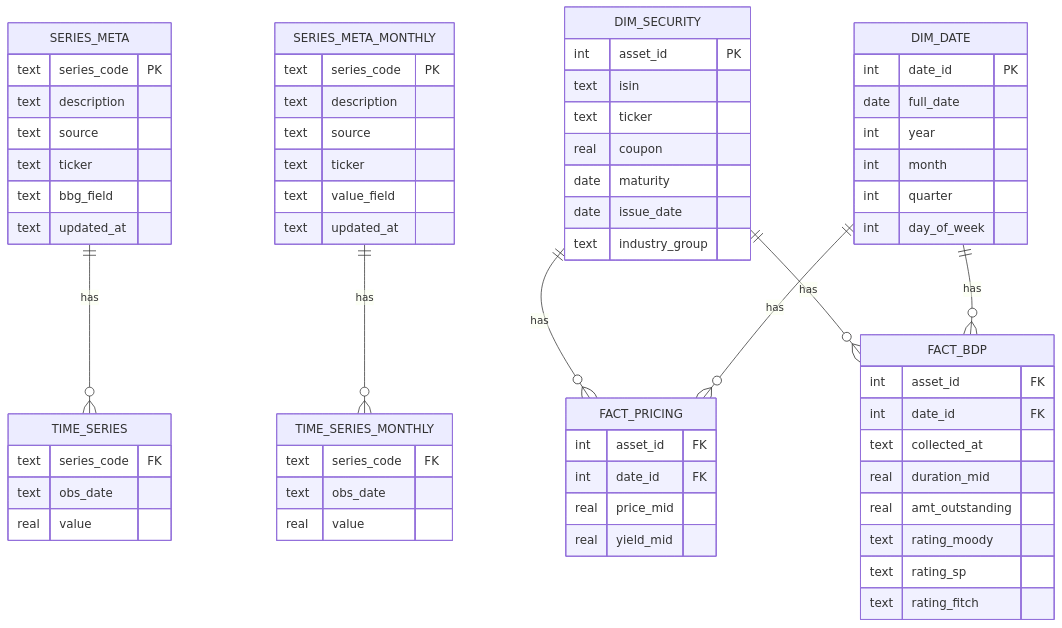
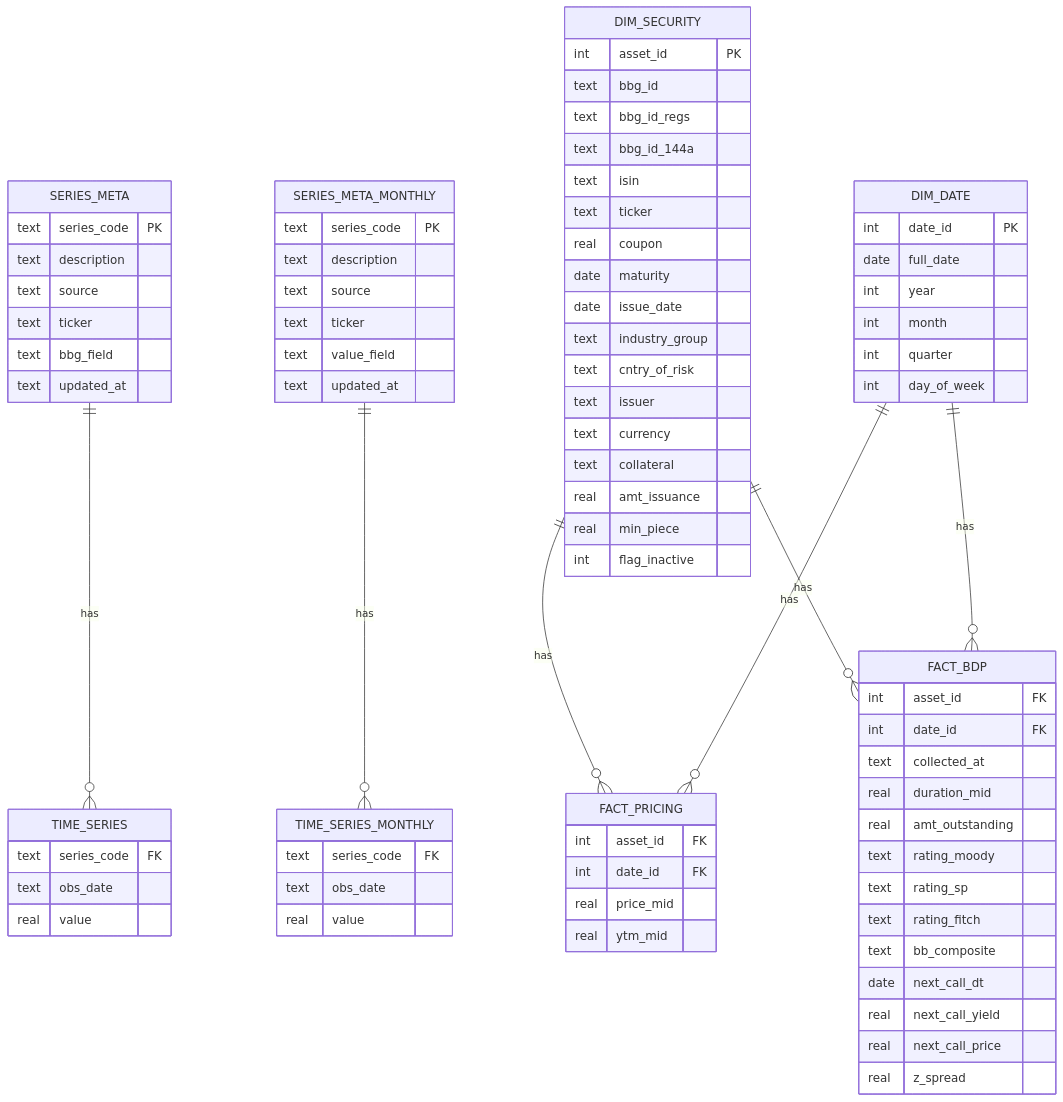
The diagram in DOCUMENTACAO.md (Bcp-Securities/Market-Update-Automation), drawn with Mermaid before and after one commit. The commit also changed other lines of this file and 4 other files, not shown here.

```diff
--- a/DOCUMENTACAO.md
+++ b/DOCUMENTACAO.md
@@ -49,12 +49,22 @@
 }
 DIM_SECURITY {
     int asset_id PK
+    text bbg_id
+    text bbg_id_regs
+    text bbg_id_144a
     text isin
     text ticker
     real coupon
     date maturity
     date issue_date
     text industry_group
+    text cntry_of_risk
+    text issuer
+    text currency
+    text collateral
+    real amt_issuance
+    real min_piece
+    int flag_inactive
 }
 DIM_DATE {
     int date_id PK
@@ -68,7 +78,7 @@
     int asset_id FK
     int date_id FK
     real price_mid
-    real yield_mid
+    real ytm_mid
 }
 FACT_BDP {
     int asset_id FK
@@ -79,6 +89,11 @@
     text rating_moody
     text rating_sp
     text rating_fitch
+    text bb_composite
+    date next_call_dt
+    real next_call_yield
+    real next_call_price
+    real z_spread
 }
 SERIES_META ||--o{ TIME_SERIES : has
 SERIES_META_MONTHLY ||--o{ TIME_SERIES_MONTHLY : has
```
